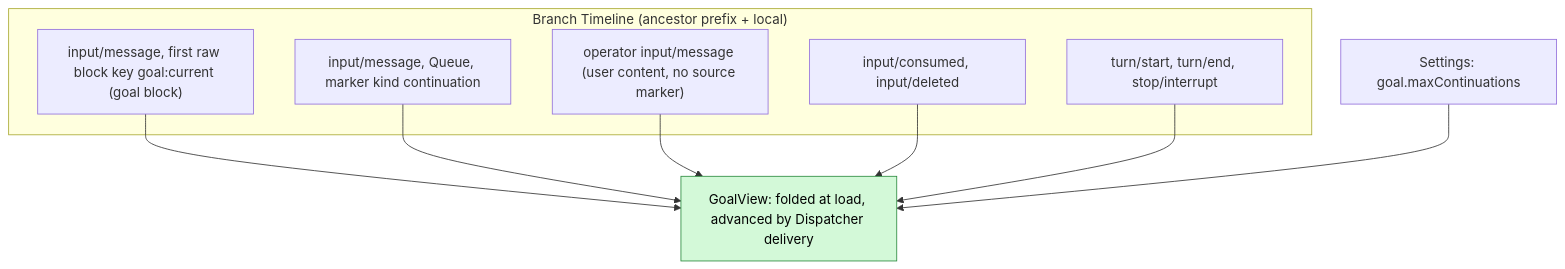
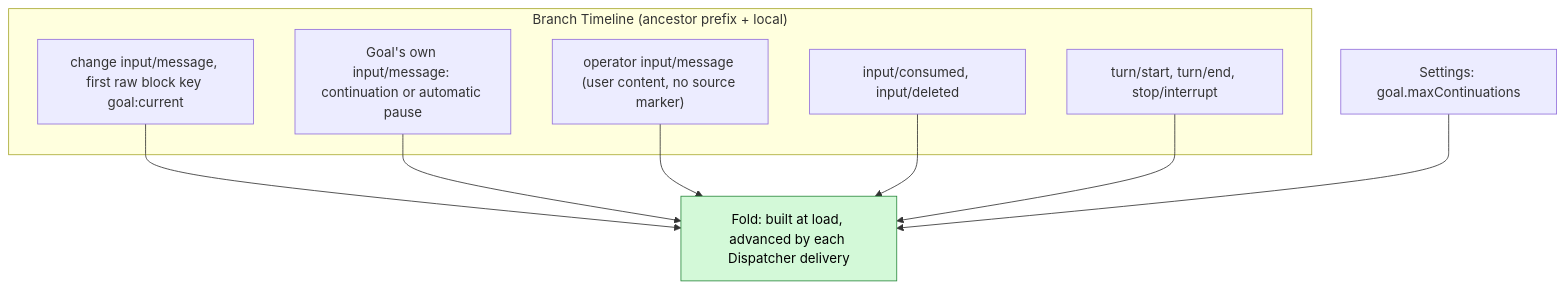
The second of 6 diagrams in docs/design/plugins/Goal.md (CoutinhoTTS/dim-agent), drawn with Mermaid before and after one commit. The commit also changed other lines of this file and 40 other files, not shown here.

````diff
--- a/docs/design/plugins/Goal.md
+++ b/docs/design/plugins/Goal.md
@@ -47,19 +50,19 @@
 ```mermaid
 flowchart TB
   subgraph TLB["Branch Timeline (ancestor prefix + local)"]
-    GBK["input/message, first raw block key goal:current (goal block)"]
-    CI["input/message, Queue, marker kind continuation"]
+    GBK["change input/message, first raw block key goal:current"]
+    CI["Goal's own input/message: continuation or automatic pause"]
     OI["operator input/message (user content, no source marker)"]
     IC["input/consumed, input/deleted"]
     TE["turn/start, turn/end, stop/interrupt"]
   end
   CFG["Settings: goal.maxContinuations"]
-  VIEW["GoalView: folded at load, advanced by Dispatcher delivery"]:::new
+  VIEW["Fold: built at load, advanced by each Dispatcher delivery"]:::new
   GBK --> VIEW
   CI --> VIEW
   OI --> VIEW
   IC --> VIEW
   TE --> VIEW
   CFG --> VIEW
   classDef new fill:#d3f9d8,stroke:#2b8a3e,color:#000
 ```
````
